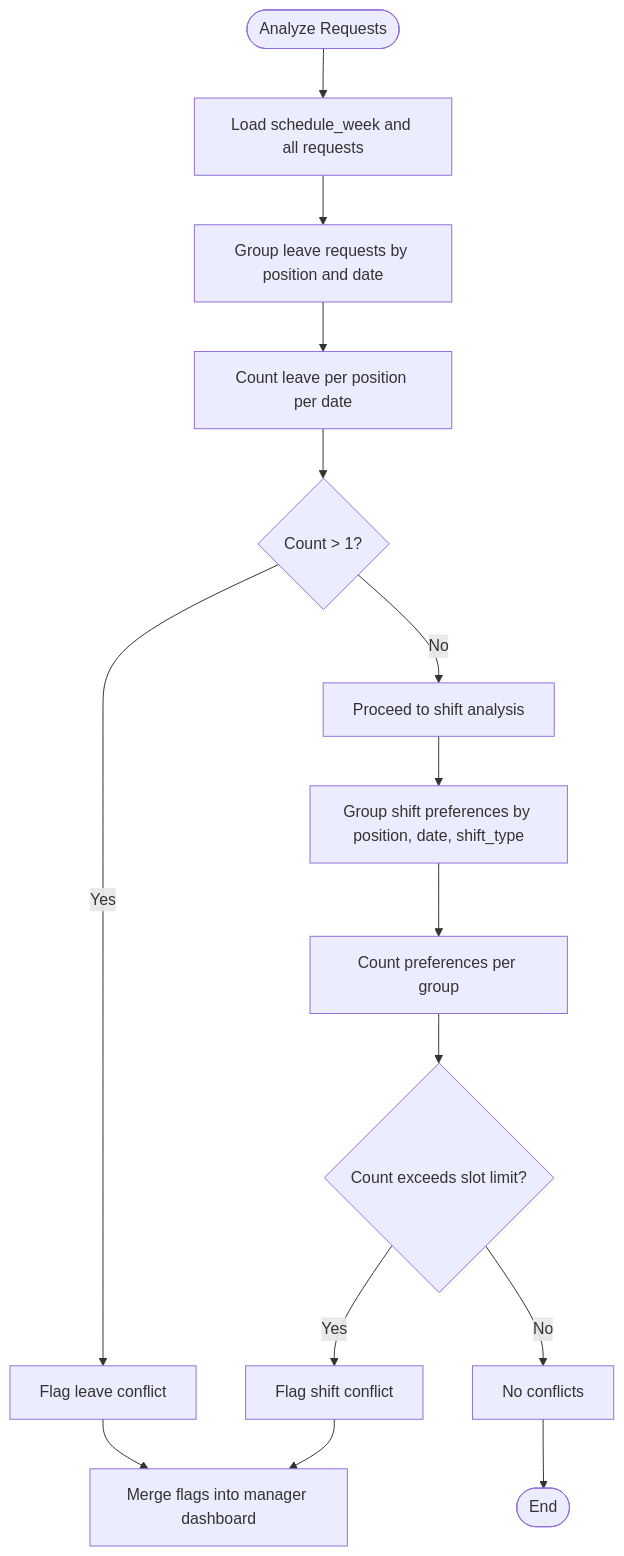
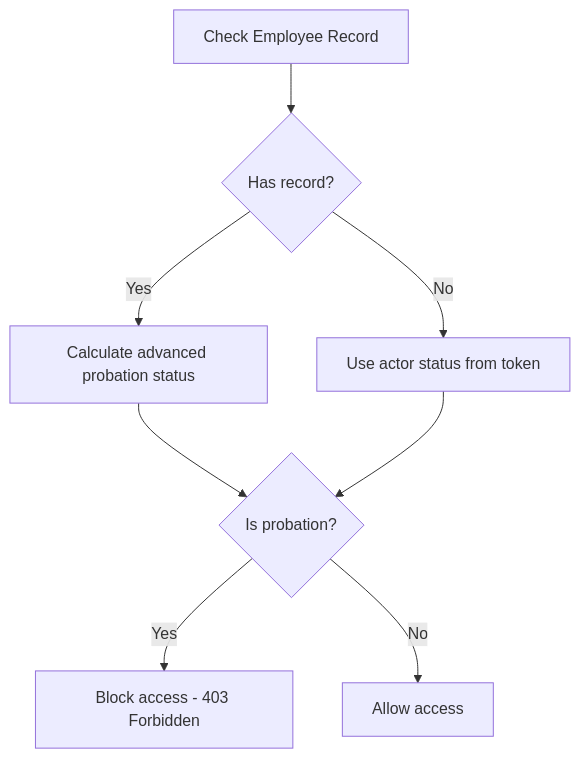
The seventh of 12 diagrams in .qoder/repowiki/en/content/Product Requirements Document/Functional Specifications/Request Management Module (F3).md (epo33m/scheduling), drawn with Mermaid before and after one commit. The commit also changed other lines of this file and 1 other file, not shown here.

````diff
--- a/.qoder/repowiki/en/content/Product Requirements Document/Functional Specifications/Request Management Module (F3).md
+++ b/.qoder/repowiki/en/content/Product Requirements Document/Functional Specifications/Request Management Module (F3).md
@@ -201,17 +393,10 @@
 ```mermaid
 flowchart TD
-Start(["Analyze Requests"]) --> LoadWeek["Load schedule_week and all requests"]
-LoadWeek --> GroupByPosition["Group leave requests by position and date"]
-GroupByPosition --> CountLeave["Count leave per position per date"]
-CountLeave --> OverLimit{"Count > 1?"}
-OverLimit --> |Yes| FlagLeave["Flag leave conflict"]
-OverLimit --> |No| NextStep["Proceed to shift analysis"]
-NextStep --> GroupByShift["Group shift preferences by position, date, shift_type"]
-GroupByShift --> CountShift["Count preferences per group"]
-CountShift --> SlotCheck{"Count exceeds slot limit?"}
-SlotCheck --> |Yes| FlagShift["Flag shift conflict"]
-SlotCheck --> |No| Done["No conflicts"]
-FlagLeave --> Merge["Merge flags into manager dashboard"]
-FlagShift --> Merge
-Done --> End(["End"])
+CheckEmployee["Check Employee Record"] --> HasRecord{"Has record?"}
+HasRecord --> |Yes| CalculateProbation["Calculate advanced probation status"]
+HasRecord --> |No| UseActorStatus["Use actor status from token"]
+CalculateProbation --> IsProbation{"Is probation?"}
+UseActorStatus --> IsProbation
+IsProbation --> |Yes| BlockAccess["Block access - 403 Forbidden"]
+IsProbation --> |No| AllowAccess["Allow access"]
 ```
````
